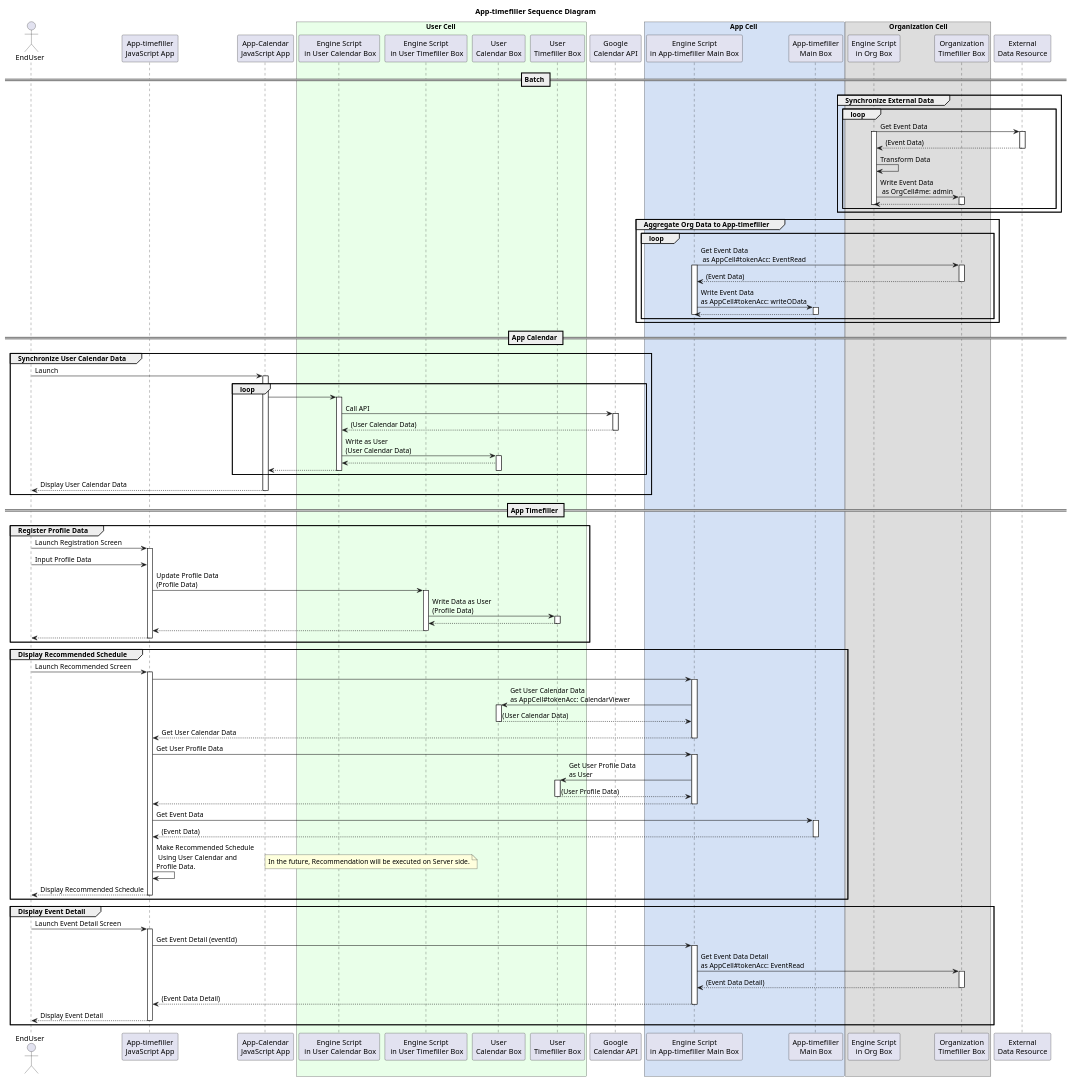
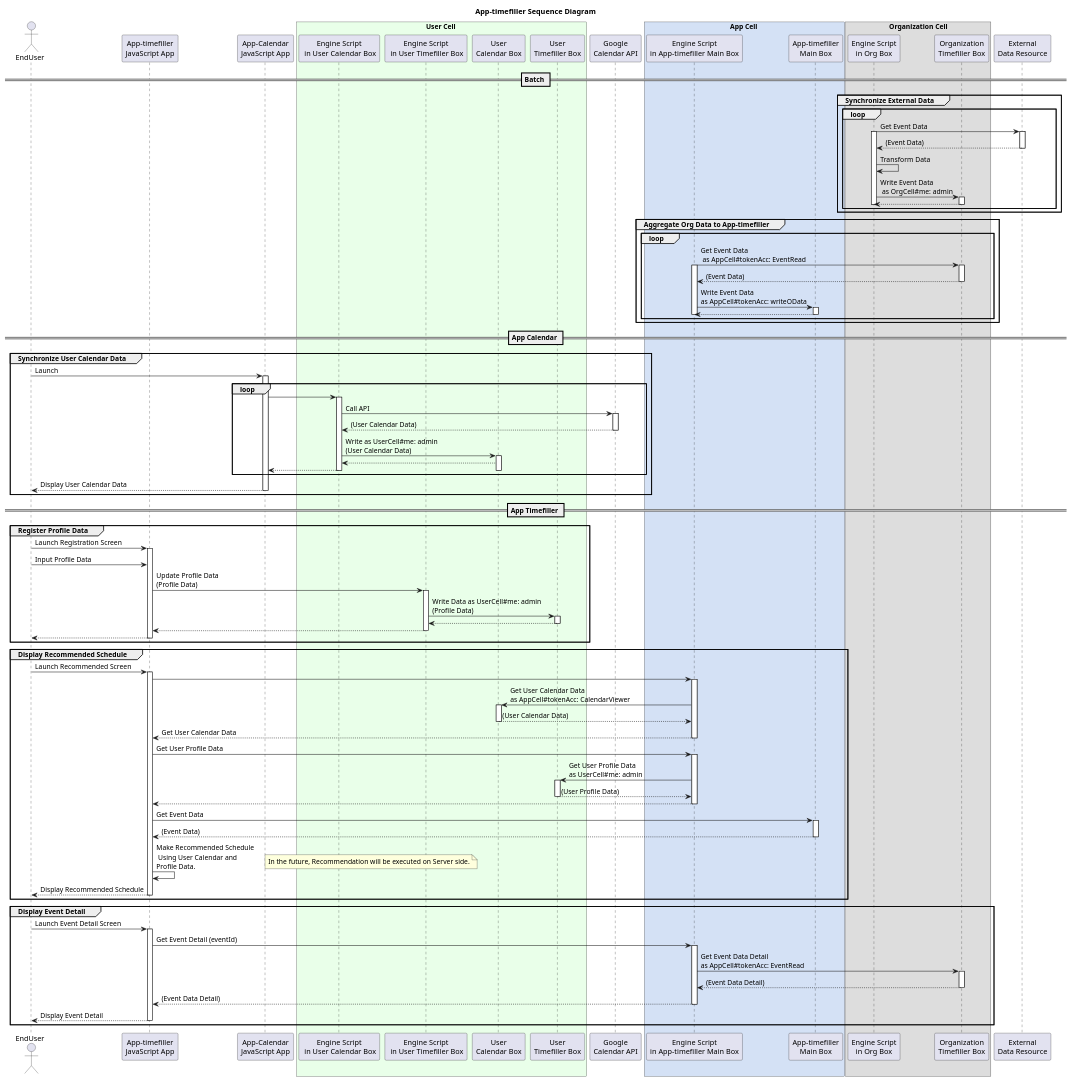
One commit to personium/app-timefiller changed the diagram in doc/design/sequence.pu. Above: the diagram before and after it, drawn with PlantUML.

Commit message:
Unify to 'Cell#account: role' format

```diff
--- a/doc/design/sequence.pu
+++ b/doc/design/sequence.pu
@@ -1,155 +1,155 @@
 @startuml timefiller
 title App-timefiller Sequence Diagram
 
 actor EndUser as user
 participant "App-timefiller\nJavaScript App" as apptimeFillerClient
 participant "App-Calendar\nJavaScript App" as calendarClient
 
 box User Cell #e9ffe9
   participant "Engine Script\n in User Calendar Box" as calendarEngine
   participant "Engine Script\n in User Timefiller Box" as timefillerEngine
   participant "User\nCalendar Box" as userCalendarBox
   participant "User\nTimefiller Box" as userTimefillerBox
 end box
 
 participant "Google\nCalendar API" as calendarApi
 
 box App Cell #d4e1f5
   participant "Engine Script\nin App-timefiller Main Box" as appcellEngine
   participant "App-timefiller\nMain Box" as appcell
 end box
 
 box Organization Cell
   participant "Engine Script\nin Org Box" as extDataSync
   participant "Organization\nTimefiller Box" as orgCell
 end box
 
 participant "External\nData Resource" as extDataResource
 
 == Batch ==
 
 group Synchronize External Data
   loop
     extDataSync -> extDataResource : Get Event Data
     activate extDataSync
     activate extDataResource
     extDataResource --> extDataSync : (Event Data)
     deactivate extDataResource
     extDataSync -> extDataSync : Transform Data
     extDataSync -> orgCell : Write Event Data\n as OrgCell#me: admin
     activate orgCell
     orgCell --> extDataSync :
     deactivate orgCell
     deactivate extDataSync
   end
 end
 
 group Aggregate Org Data to App-timefiller
   loop
     appcellEngine -> orgCell : Get Event Data\n as AppCell#tokenAcc: EventRead
     activate appcellEngine
     activate orgCell
     orgCell --> appcellEngine : (Event Data)
     deactivate orgCell
     appcellEngine -> appcell : Write Event Data\nas AppCell#tokenAcc: writeOData
     activate appcell
     appcell --> appcellEngine :
     deactivate appcell
     deactivate appcellEngine
   end
 end
 
 == App Calendar ==
 
 group Synchronize User Calendar Data
   user -> calendarClient: Launch
   activate calendarClient
 
   loop
     calendarClient -> calendarEngine
     activate calendarEngine
     calendarEngine -> calendarApi : Call API
 
     activate calendarApi
     calendarApi --> calendarEngine : (User Calendar Data)
     deactivate calendarApi
-    calendarEngine -> userCalendarBox : Write as User\n(User Calendar Data)
+    calendarEngine -> userCalendarBox : Write as UserCell#me: admin\n(User Calendar Data)
     activate userCalendarBox
     userCalendarBox --> calendarEngine :
     calendarEngine --> calendarClient
     deactivate userCalendarBox
     deactivate calendarEngine
   end
 
   calendarClient --> user : Display User Calendar Data
   deactivate calendarClient
 end
 
 == App Timefiller ==
 
 group Register Profile Data
   user -> apptimeFillerClient : Launch Registration Screen
   activate apptimeFillerClient
   user -> apptimeFillerClient : Input Profile Data
   apptimeFillerClient -> timefillerEngine : Update Profile Data\n(Profile Data)
   activate timefillerEngine
-  timefillerEngine -> userTimefillerBox : Write Data as User\n(Profile Data)
+  timefillerEngine -> userTimefillerBox : Write Data as UserCell#me: admin\n(Profile Data)
   activate userTimefillerBox
   userTimefillerBox --> timefillerEngine :
   deactivate userTimefillerBox
   timefillerEngine --> apptimeFillerClient
   deactivate timefillerEngine
   apptimeFillerClient --> user :
   deactivate apptimeFillerClient
 end
 
 group Display Recommended Schedule
   user -> apptimeFillerClient : Launch Recommended Screen
   activate apptimeFillerClient
   apptimeFillerClient -> appcellEngine
   activate appcellEngine
   appcellEngine -> userCalendarBox : Get User Calendar Data\nas AppCell#tokenAcc: CalendarViewer
   activate userCalendarBox
   userCalendarBox --> appcellEngine : (User Calendar Data)
   deactivate userCalendarBox
   appcellEngine --> apptimeFillerClient : Get User Calendar Data
   deactivate appcellEngine
   apptimeFillerClient -> appcellEngine : Get User Profile Data
   activate appcellEngine
-  appcellEngine -> userTimefillerBox : Get User Profile Data\nas User
+  appcellEngine -> userTimefillerBox : Get User Profile Data\nas UserCell#me: admin
   activate userTimefillerBox
   userTimefillerBox --> appcellEngine : (User Profile Data)
   deactivate userTimefillerBox
   appcellEngine --> apptimeFillerClient
   deactivate appcellEngine
   apptimeFillerClient -> appcell : Get Event Data
   activate appcell
   appcell --> apptimeFillerClient : (Event Data)
   deactivate appcell
   apptimeFillerClient -> apptimeFillerClient : Make Recommended Schedule\n Using User Calendar and\nProfile Data.
   note right: In the future, Recommendation will be executed on Server side.
   apptimeFillerClient --> user : Display Recommended Schedule
   deactivate apptimeFillerClient
 end
 
 group Display Event Detail
   user -> apptimeFillerClient : Launch Event Detail Screen
   activate apptimeFillerClient
 
   apptimeFillerClient -> appcellEngine : Get Event Detail (eventId)
   activate appcellEngine
 
   appcellEngine -> orgCell : Get Event Data Detail\nas AppCell#tokenAcc: EventRead
   activate orgCell
   orgCell --> appcellEngine : (Event Data Detail)
   deactivate orgCell
 
   appcellEngine --> apptimeFillerClient : (Event Data Detail)
   deactivate
 
   apptimeFillerClient --> user : Display Event Detail
   deactivate apptimeFillerClient
 
 end
 
 @enduml
```
